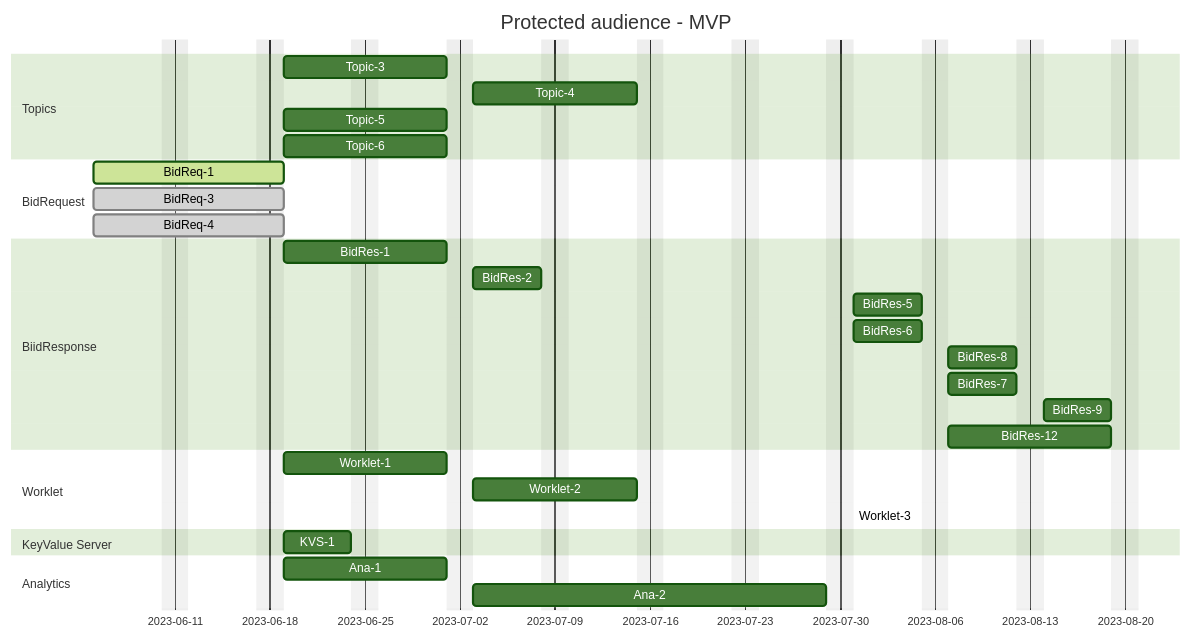
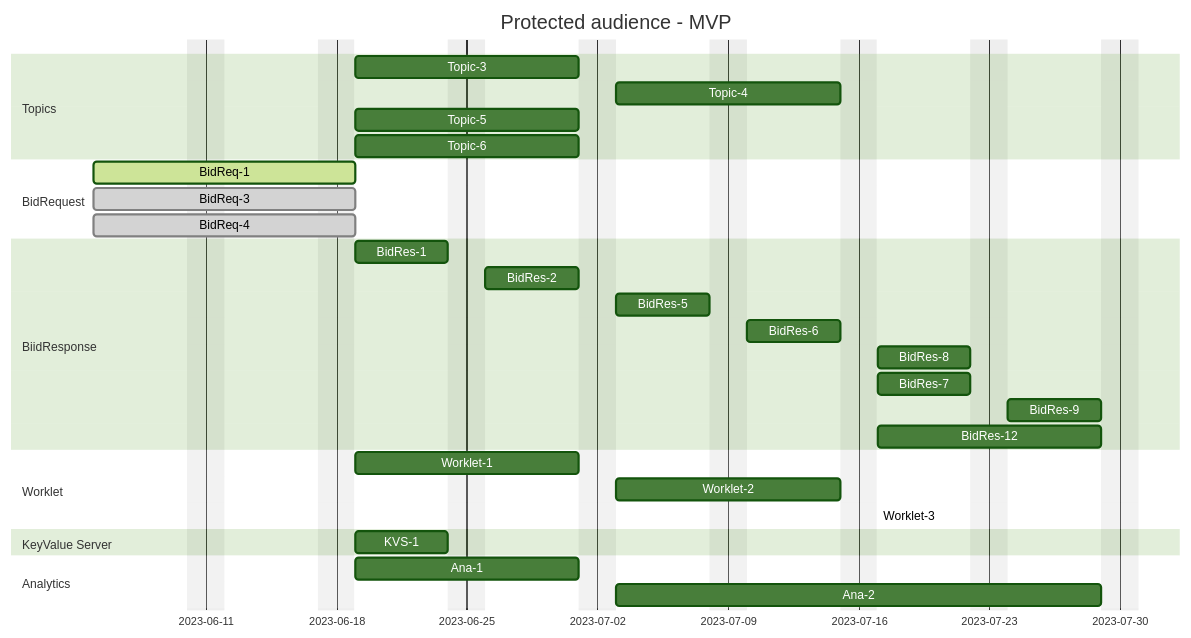
One commit to pm-harshad-mane/Diagrams changed the diagram in PM-PA-API/MVP.md. Above: the diagram before and after it, drawn with Mermaid (forest theme).

````diff
--- a/PM-PA-API/MVP.md
+++ b/PM-PA-API/MVP.md
@@ -1,45 +1,45 @@
 ```mermaid
 gantt
     dateFormat  YYYY-MM-DD
     title       Protected audience - MVP
     excludes    weekends
     %% (`excludes` accepts specific dates in YYYY-MM-DD format, days of the week ("sunday") or "weekends", but not the word "weekdays".)
 
     section Topics
     Topic-3               :  des2, 2023-06-19, 10d
     Topic-4               :         des3, after des2, 10d
     Topic-5              :         des4, 2023-06-19, 10d
     Topic-6              :         des4, 2023-06-19, 10d
 
     section BidRequest
     BidReq-1               :active,  t1, 2023-06-05,2023-06-19
     BidReq-3               :done,  t2, 2023-06-05,2023-06-19
     BidReq-4               :done,  t3, 2023-06-05,2023-06-19
     
 
     section BiidResponse
-    BidRes-1               :  t1, 2023-06-19, 10d
-    BidRes-2               : t2, after t1, 5d
-    BidRes-5               : t3, after t2, 5d
-    BidRes-6               : t4, after t3, 5d
-    BidRes-8               : t5, after t4, 5d
-    BidRes-7               : t6, after t4, 5d
-    BidRes-9               : t8, after t6, 5d
-    BidRes-12               : t9, after t4, 10d
+    BidRes-1               : r1, 2023-06-19, 5d
+    BidRes-2               : r2, after r1, 5d
+    BidRes-5               : r3, after r2, 5d
+    BidRes-6               : r4, after r3, 5d
+    BidRes-8               : r5, after r4, 5d
+    BidRes-7               : r6, after r4, 5d
+    BidRes-9               : r8, after r6, 5d
+    BidRes-12               : r9, after r4, 10d
     
     section Worklet
-    Worklet-1               :  t1, 2023-06-19, 10d
-    Worklet-2               :  t2, after t1, 10d
-    Worklet-3               :  t3, after t2, 10
+    Worklet-1               :  w1, 2023-06-19, 10d
+    Worklet-2               :  w2, after w1, 10d
+    Worklet-3               :  w3, after w2, 10
     
     section KeyValue Server    
-    KVS-1               :  t1, 2023-06-19, 5d
+    KVS-1               :  k1, 2023-06-19, 5d
     
     section Auctin Config Signals
     
 
     section Analytics
-    Ana-1               :  t1, 2023-06-19, 10d
-    Ana-2               :  t2, after t1, 20d
+    Ana-1               :  a1, 2023-06-19, 10d
+    Ana-2               :  a2, after a1, 20d
     
 ```
````
